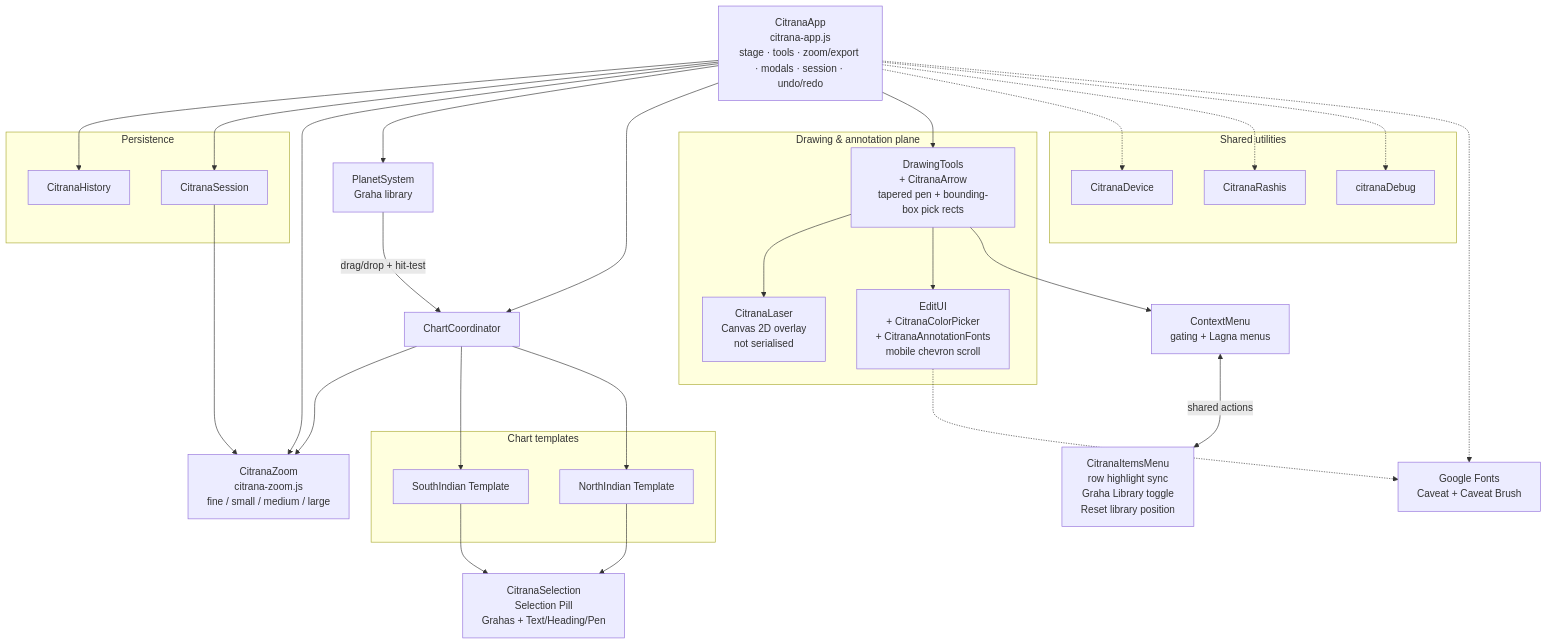
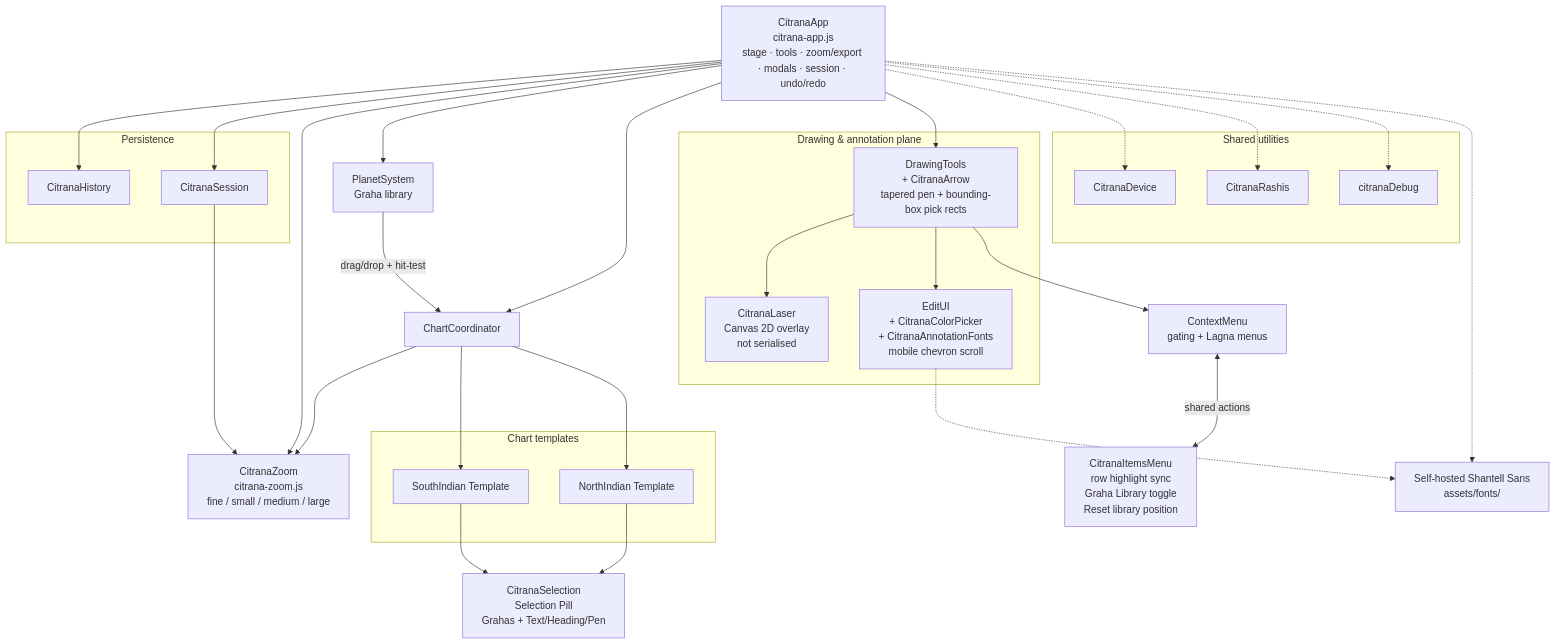
One commit to IAmVigneswaran/Soothsayer-Citrana changed the diagram in ARCHITECTURE.md. Above: the diagram before and after it, drawn with Mermaid. The commit also changed other lines of this file and 13 other files, not shown here.

First line of the commit message:
Self-host Shantell Sans for hand-written annotations

````diff
--- a/ARCHITECTURE.md
+++ b/ARCHITECTURE.md
@@ -72,63 +72,63 @@
 ```mermaid
 flowchart TB
     App["CitranaApp<br/>citrana-app.js<br/>stage · tools · zoom/export · modals · session · undo/redo"]
 
     subgraph Persistence["Persistence"]
         History["CitranaHistory"]
         Session["CitranaSession"]
     end
 
     Zoom["CitranaZoom<br/>citrana-zoom.js<br/>fine / small / medium / large"]
 
     PlanetSystem["PlanetSystem<br/>Graha library"]
     Coordinator["ChartCoordinator"]
 
     subgraph ChartTemplates["Chart templates"]
         South["SouthIndian Template"]
         North["NorthIndian Template"]
     end
 
     Selection["CitranaSelection<br/>Selection Pill<br/>Grahas + Text/Heading/Pen"]
 
     subgraph DrawingPlane["Drawing & annotation plane"]
         DrawingTools["DrawingTools<br/>+ CitranaArrow<br/>tapered pen + bounding-box pick rects"]
         Laser["CitranaLaser<br/>Canvas 2D overlay<br/>not serialised"]
         EditUI["EditUI<br/>+ CitranaColorPicker<br/>+ CitranaAnnotationFonts<br/>mobile chevron scroll"]
     end
 
     ContextMenu["ContextMenu<br/>gating + Lagna menus"]
     ItemsMenu["CitranaItemsMenu<br/>row highlight sync<br/>Graha Library toggle<br/>Reset library position"]
 
     subgraph Shared["Shared utilities"]
         Device["CitranaDevice"]
         Rashis["CitranaRashis"]
         Debug["citranaDebug"]
     end
 
-    Fonts["Google Fonts<br/>Caveat + Caveat Brush"]
+    Fonts["Self-hosted Shantell Sans<br/>assets/fonts/"]
 
     App --> History
     App --> Session
     App --> Zoom
     App --> PlanetSystem
     App --> Coordinator
     Session --> Zoom
     Coordinator --> Zoom
     PlanetSystem -->|"drag/drop + hit-test"| Coordinator
     Coordinator --> South
     Coordinator --> North
     South --> Selection
     North --> Selection
 
     App --> DrawingTools
     DrawingTools --> Laser
     DrawingTools --> EditUI
     DrawingTools --> ContextMenu
     ContextMenu <-->|"shared actions"| ItemsMenu
 
     App -.-> Device
     App -.-> Rashis
     App -.-> Debug
     EditUI -.-> Fonts
     App -.-> Fonts
 ```
````
